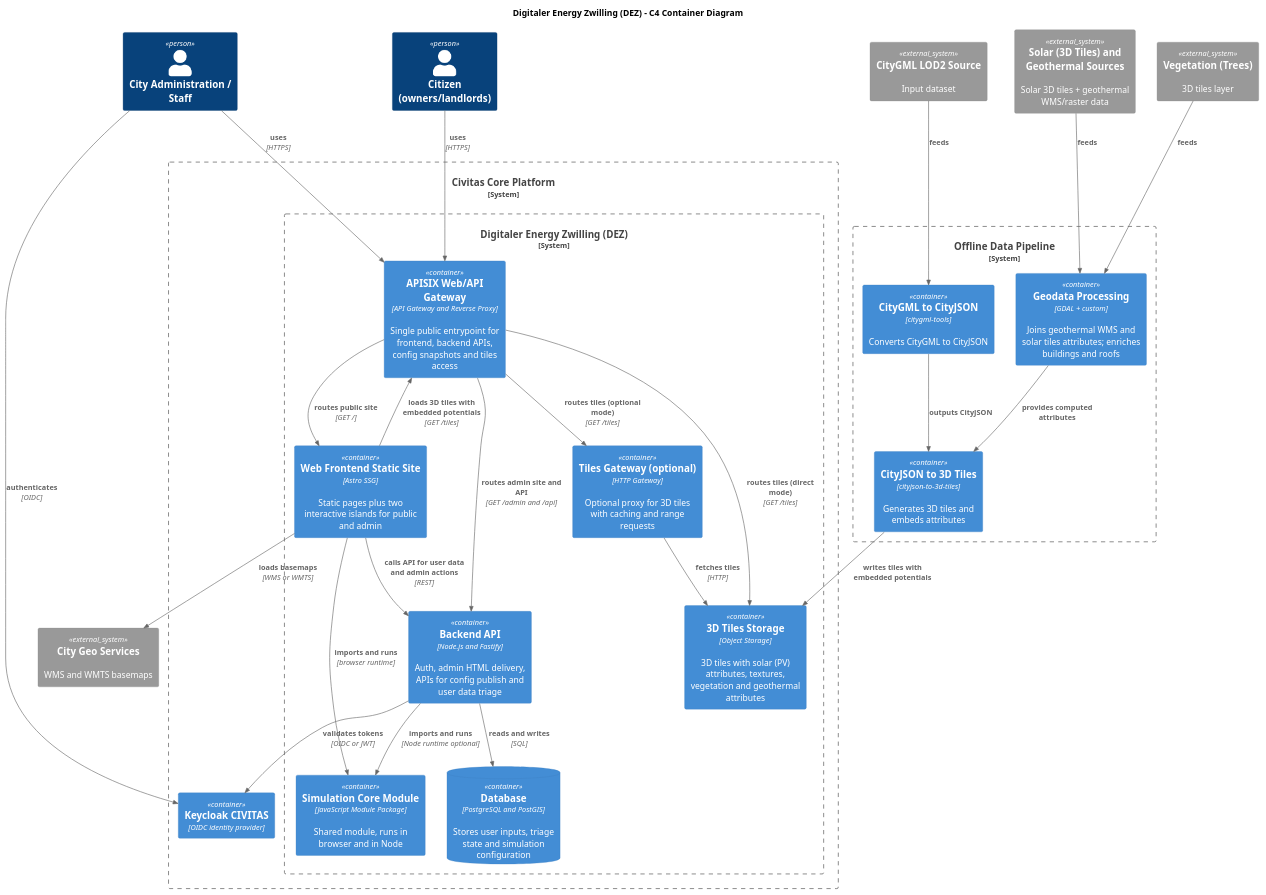
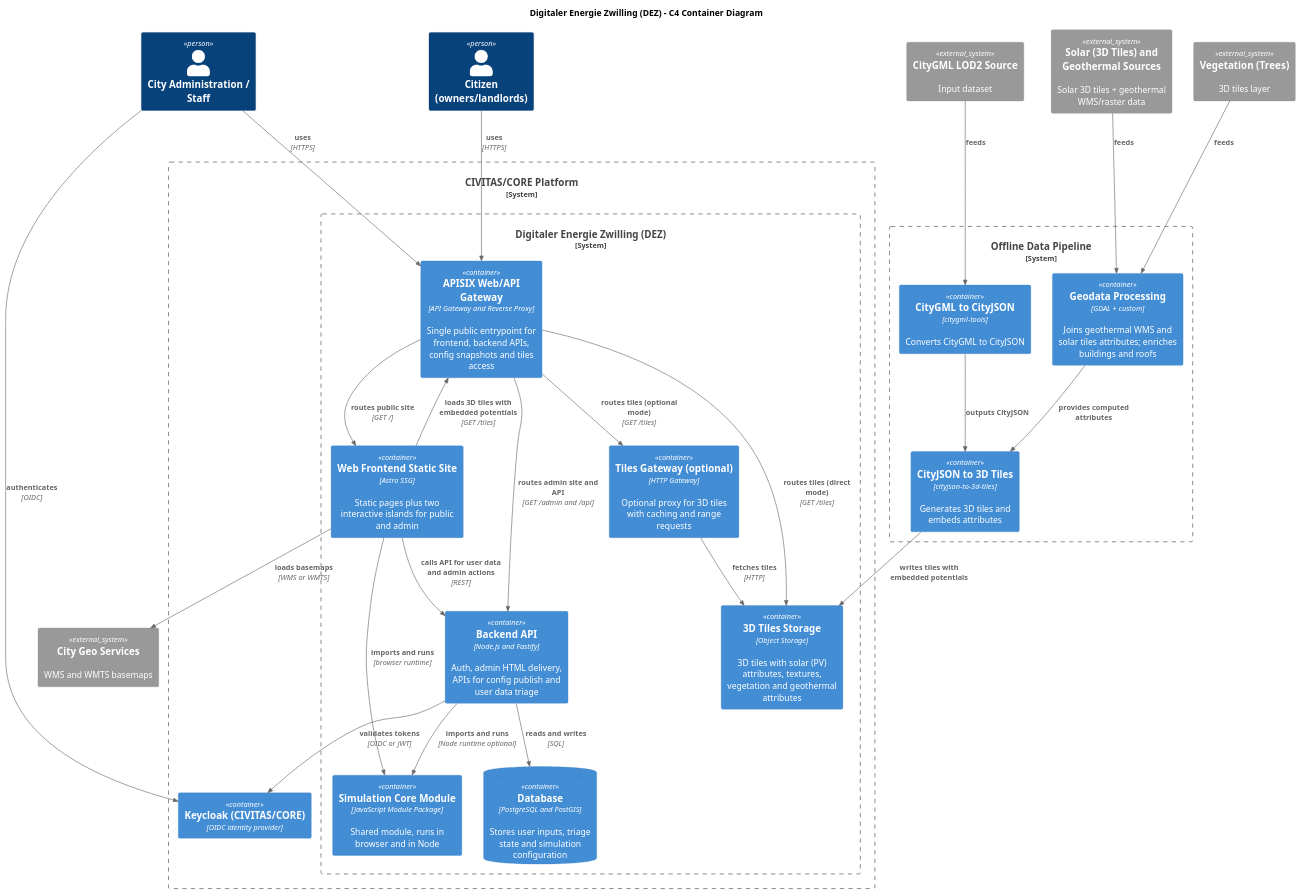
The diagram in docs/architecture/raw/c4-container.puml (csi-FOXBYTE/Regensburg_DigitalerEnergieZwilling_Backend), drawn with PlantUML before and after one commit. The commit also changed 26 other files, not shown here.

```diff
--- a/docs/architecture/raw/c4-container.puml
+++ b/docs/architecture/raw/c4-container.puml
@@ -1,68 +1,68 @@
 @startuml
 !includeurl https://raw.githubusercontent.com/plantuml-stdlib/C4-PlantUML/master/C4_Container.puml
 
-title Digitaler Energy Zwilling (DEZ) - C4 Container Diagram
+title Digitaler Energie Zwilling (DEZ) - C4 Container Diagram
 
 Person(citizen, "Citizen (owners/landlords)")
 Person(admin, "City Administration / Staff")
 
-System_Boundary(civitas, "Civitas Core Platform") {
-  System_Boundary(det, "Digitaler Energy Zwilling (DEZ)") {
+System_Boundary(civitas, "CIVITAS/CORE Platform") {
+  System_Boundary(det, "Digitaler Energie Zwilling (DEZ)") {
 
     Container(gateway, "APISIX Web/API Gateway", "API Gateway and Reverse Proxy", "Single public entrypoint for frontend, backend APIs, config snapshots and tiles access")
 
     Container(frontend, "Web Frontend Static Site", "Astro SSG", "Static pages plus two interactive islands for public and admin")
 
     Container(backend, "Backend API", "Node.js and Fastify", "Auth, admin HTML delivery, APIs for config publish and user data triage")
 
     Container(simCore, "Simulation Core Module", "JavaScript Module Package", "Shared module, runs in browser and in Node")
 
     Container(tilesGw, "Tiles Gateway (optional)", "HTTP Gateway", "Optional proxy for 3D tiles with caching and range requests")
     Container(tilesStore, "3D Tiles Storage", "Object Storage", "3D tiles with solar (PV) attributes, textures, vegetation and geothermal attributes")
 
     ContainerDb(db, "Database", "PostgreSQL and PostGIS", "Stores user inputs, triage state and simulation configuration")
   }
 
-  Container(idp, "Keycloak CIVITAS", "OIDC identity provider")
+  Container(idp, "Keycloak (CIVITAS/CORE)", "OIDC identity provider")
 }
 System_Ext(geo, "City Geo Services", "WMS and WMTS basemaps")
 
 System_Ext(citygml, "CityGML LOD2 Source", "Input dataset")
 System_Ext(potentials, "Solar (3D Tiles) and Geothermal Sources", "Solar 3D tiles + geothermal WMS/raster data")
 System_Ext(vegetation, "Vegetation (Trees)", "3D tiles layer")
 
 System_Boundary(pipeline, "Offline Data Pipeline") {
   Container(citygmlTools, "CityGML to CityJSON", "citygml-tools", "Converts CityGML to CityJSON")
   Container(gdal, "Geodata Processing", "GDAL + custom", "Joins geothermal WMS and solar tiles attributes; enriches buildings and roofs")
   Container(tilesConv, "CityJSON to 3D Tiles", "cityjson-to-3d-tiles", "Generates 3D tiles and embeds attributes")
 }
 
 Rel(citizen, gateway, "uses", "HTTPS")
 Rel(admin, gateway, "uses", "HTTPS")
 
 Rel(gateway, frontend, "routes public site", "GET /")
 Rel(gateway, backend, "routes admin site and API", "GET /admin and /api")
 Rel(gateway, tilesGw, "routes tiles (optional mode)", "GET /tiles")
 Rel(gateway, tilesStore, "routes tiles (direct mode)", "GET /tiles")
 
 Rel(admin, idp, "authenticates", "OIDC")
 Rel(backend, idp, "validates tokens", "OIDC or JWT")
 
 Rel(frontend, simCore, "imports and runs", "browser runtime")
 Rel(backend, simCore, "imports and runs", "Node runtime optional")
 
 Rel(frontend, geo, "loads basemaps", "WMS or WMTS")
 Rel(frontend, gateway, "loads 3D tiles with embedded potentials", "GET /tiles")
 Rel(tilesGw, tilesStore, "fetches tiles", "HTTP")
 
 Rel(backend, db, "reads and writes", "SQL")
 Rel(frontend, backend, "calls API for user data and admin actions", "REST")
 
 Rel(citygml, citygmlTools, "feeds")
 Rel(potentials, gdal, "feeds")
 Rel(vegetation, gdal, "feeds")
 Rel(citygmlTools, tilesConv, "outputs CityJSON")
 Rel(gdal, tilesConv, "provides computed attributes")
 Rel(tilesConv, tilesStore, "writes tiles with embedded potentials")
 
 @enduml
```
